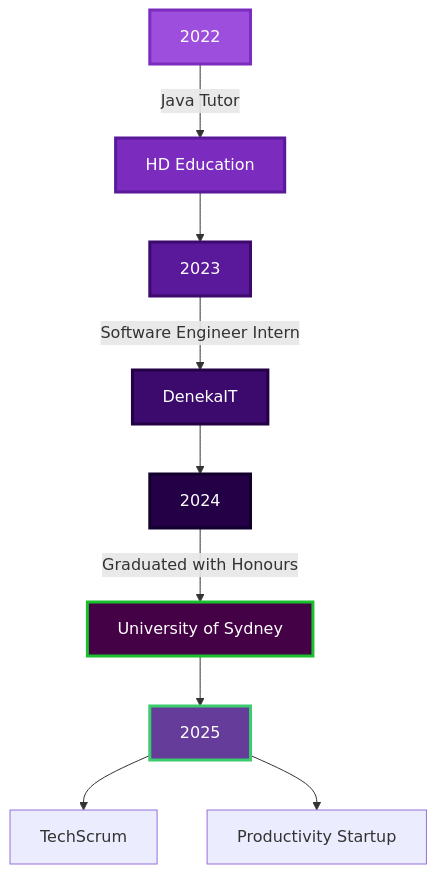
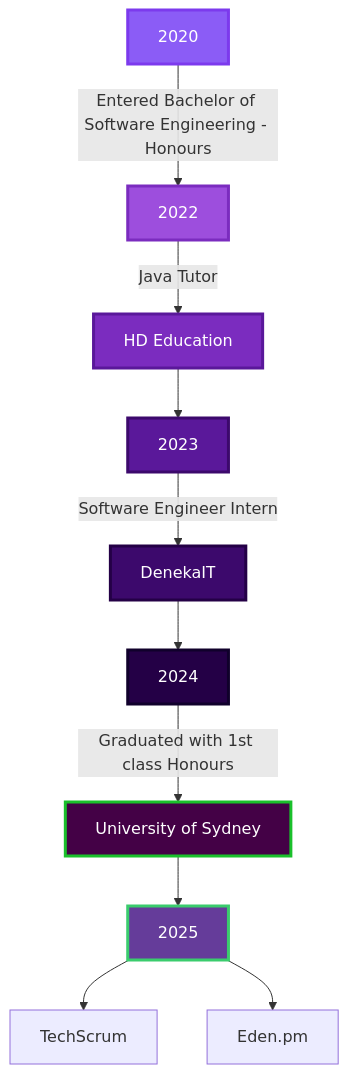
One commit to Interesting2/Interesting2 changed the diagram in README.md. Above: the diagram before and after it, drawn with Mermaid. The commit also changed other lines of this file, not shown here.

Commit message:
Final changes

````diff
--- a/README.md
+++ b/README.md
@@ -123,22 +147,23 @@
 ```mermaid
 graph TD
-    A[2022] -->|Java Tutor| B[HD Education]
-    B --> C[2023]
-    C -->|Software Engineer Intern| D[DenekaIT]
-    D --> E[2024]
-    E -->|Graduated with Honours| F[University of Sydney]
-    F --> G[2025]
-    G -->H[TechScrum]
-    G -->I[Productivity Startup]
+    A[2020] -->|Entered Bachelor of Software Engineering - Honours | B[University of Sydney]
+    B[2022] -->|Java Tutor| C[HD Education]
+    C --> D[2023]
+    D -->|Software Engineer Intern| E[DenekaIT]
+    E --> F[2024]
+    F -->|Graduated with 1st class Honours| G[University of Sydney]
+    G --> H[2025]
+    H --> I[TechScrum]
+    H --> J[Eden.pm]
     
-    style A fill:#9D4EDD,stroke:#7B2CBF,stroke-width:3px,color:#fff
-    style B fill:#7B2CBF,stroke:#5A189A,stroke-width:3px,color:#fff
-    style C fill:#5A189A,stroke:#3C096C,stroke-width:3px,color:#fff
-    style D fill:#3C096C,stroke:#240046,stroke-width:3px,color:#fff
-    style E fill:#240046,stroke:#10002B,stroke-width:3px,color:#fff
-    style F fill:#440146,stroke:#1AC02B,stroke-width:3px,color:#fff
-    style G fill:#653C9A,stroke:#3ACC6D,stroke-width:3px,color:#fff
-
+    style A fill:#8B5CF6,stroke:#7C3AED,stroke-width:3px,color:#fff
+    style B fill:#9D4EDD,stroke:#7B2CBF,stroke-width:3px,color:#fff
+    style C fill:#7B2CBF,stroke:#5A189A,stroke-width:3px,color:#fff
+    style D fill:#5A189A,stroke:#3C096C,stroke-width:3px,color:#fff
+    style E fill:#3C096C,stroke:#240046,stroke-width:3px,color:#fff
+    style F fill:#240046,stroke:#10002B,stroke-width:3px,color:#fff
+    style G fill:#440146,stroke:#1AC02B,stroke-width:3px,color:#fff
+    style H fill:#653C9A,stroke:#3ACC6D,stroke-width:3px,color:#fff
 
 
 ```
````
